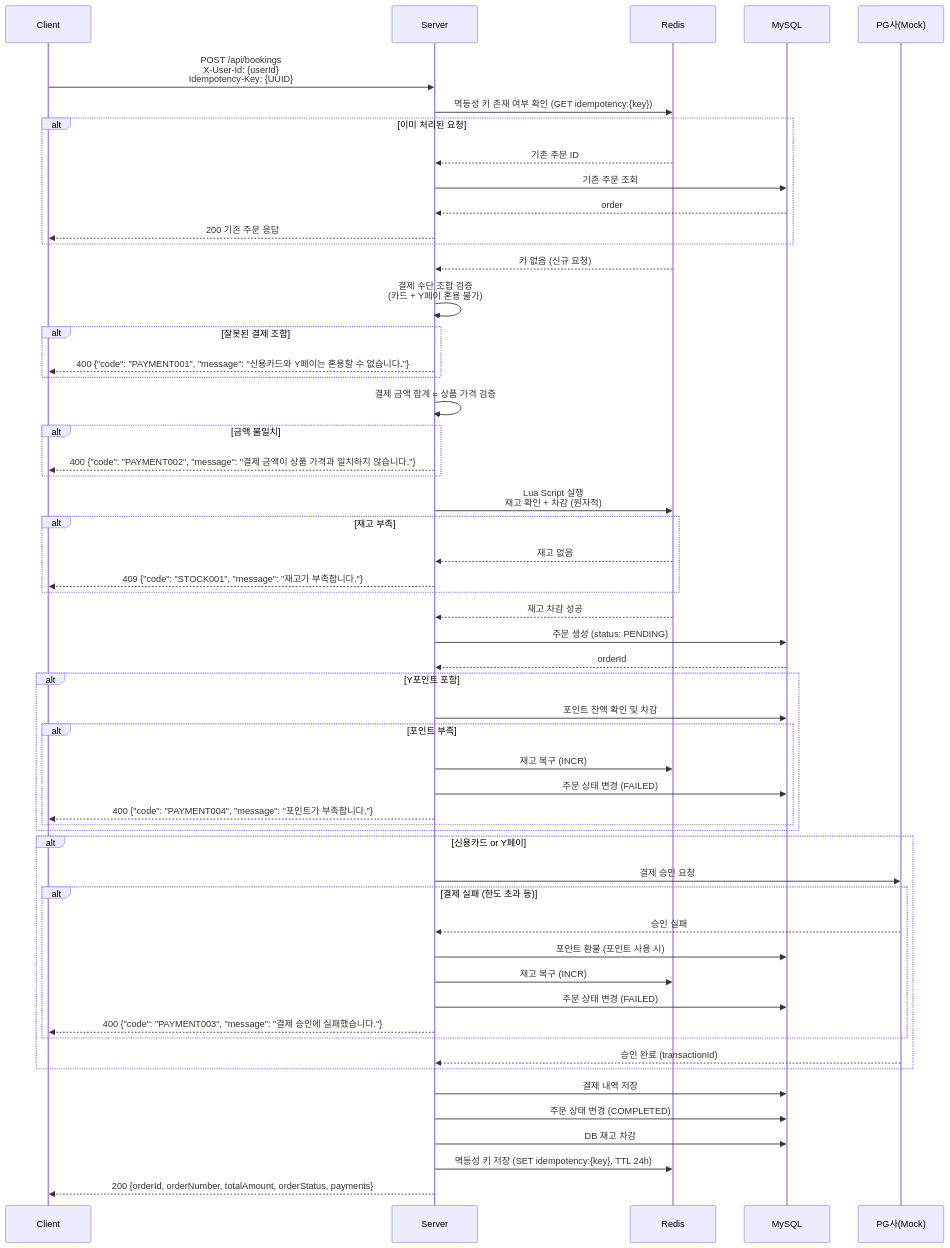
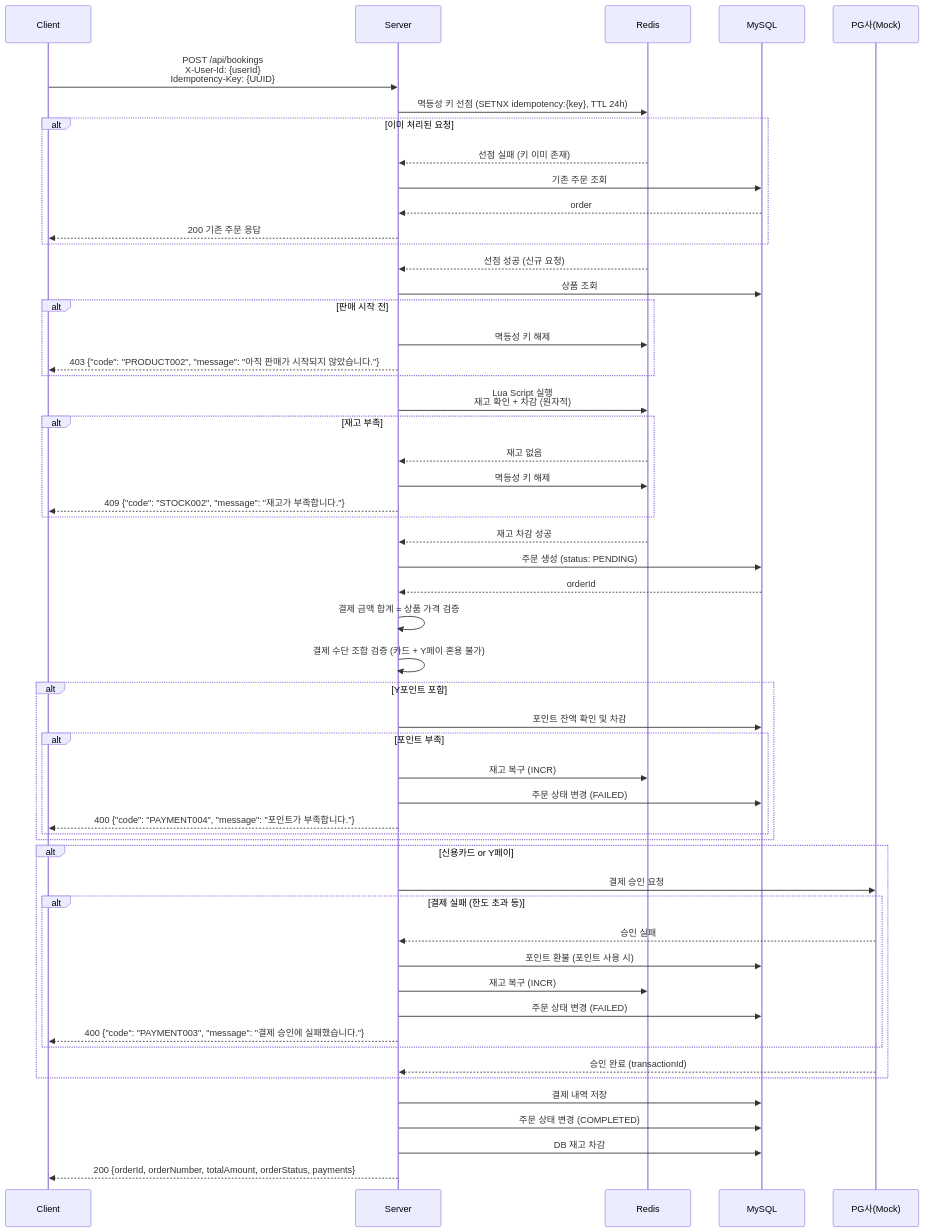
One commit to hyunmin0317/reservation-payment-platform changed the second of 5 diagrams in docs/sequence-diagrams.md. Above: the diagram before and after it, drawn with Mermaid. The commit also changed 3 other files, not shown here.

````diff
--- a/docs/sequence-diagrams.md
+++ b/docs/sequence-diagrams.md
@@ -38,73 +38,72 @@
 ```mermaid
 sequenceDiagram
     participant C as Client
     participant S as Server
     participant R as Redis
     participant DB as MySQL
     participant PG as PG사(Mock)
 
     C->>S: POST /api/bookings<br/>X-User-Id: {userId}<br/>Idempotency-Key: {UUID}
 
-    %% Step 1: 멱등성 체크
-    S->>R: 멱등성 키 존재 여부 확인 (GET idempotency:{key})
+    %% Step 1: 멱등성 체크 (SETNX)
+    S->>R: 멱등성 키 선점 (SETNX idempotency:{key}, TTL 24h)
     alt 이미 처리된 요청
-        R-->>S: 기존 주문 ID
+        R-->>S: 선점 실패 (키 이미 존재)
         S->>DB: 기존 주문 조회
         DB-->>S: order
         S-->>C: 200 기존 주문 응답
     end
-    R-->>S: 키 없음 (신규 요청)
+    R-->>S: 선점 성공 (신규 요청)
 
-    %% Step 2: 요청 검증
-    S->>S: 결제 수단 조합 검증<br/>(카드 + Y페이 혼용 불가)
-    alt 잘못된 결제 조합
-        S-->>C: 400 {"code": "PAYMENT001", "message": "신용카드와 Y페이는 혼용할 수 없습니다."}
-    end
-
-    S->>S: 결제 금액 합계 = 상품 가격 검증
-    alt 금액 불일치
-        S-->>C: 400 {"code": "PAYMENT002", "message": "결제 금액이 상품 가격과 일치하지 않습니다."}
+    %% Step 2: 오픈 시간 검증
+    S->>DB: 상품 조회
+    alt 판매 시작 전
+        S->>R: 멱등성 키 해제
+        S-->>C: 403 {"code": "PRODUCT002", "message": "아직 판매가 시작되지 않았습니다."}
     end
 
     %% Step 3: 재고 차감 (Redis Lua Script)
     S->>R: Lua Script 실행<br/>재고 확인 + 차감 (원자적)
     alt 재고 부족
         R-->>S: 재고 없음
-        S-->>C: 409 {"code": "STOCK001", "message": "재고가 부족합니다."}
+        S->>R: 멱등성 키 해제
+        S-->>C: 409 {"code": "STOCK002", "message": "재고가 부족합니다."}
     end
     R-->>S: 재고 차감 성공
 
     %% Step 4: 주문 생성
     S->>DB: 주문 생성 (status: PENDING)
     DB-->>S: orderId
 
-    %% Step 5: 결제 처리
+    %% Step 5: 결제 검증 및 처리
+    S->>S: 결제 금액 합계 = 상품 가격 검증
+    S->>S: 결제 수단 조합 검증 (카드 + Y페이 혼용 불가)
+
     alt Y포인트 포함
         S->>DB: 포인트 잔액 확인 및 차감
         alt 포인트 부족
             S->>R: 재고 복구 (INCR)
             S->>DB: 주문 상태 변경 (FAILED)
             S-->>C: 400 {"code": "PAYMENT004", "message": "포인트가 부족합니다."}
         end
     end
 
     alt 신용카드 or Y페이
         S->>PG: 결제 승인 요청
         alt 결제 실패 (한도 초과 등)
             PG-->>S: 승인 실패
             S->>DB: 포인트 환불 (포인트 사용 시)
             S->>R: 재고 복구 (INCR)
             S->>DB: 주문 상태 변경 (FAILED)
             S-->>C: 400 {"code": "PAYMENT003", "message": "결제 승인에 실패했습니다."}
         end
         PG-->>S: 승인 완료 (transactionId)
     end
 
     %% Step 6: 주문 확정
     S->>DB: 결제 내역 저장
     S->>DB: 주문 상태 변경 (COMPLETED)
     S->>DB: DB 재고 차감
-    S->>R: 멱등성 키 저장 (SET idempotency:{key}, TTL 24h)
 
     S-->>C: 200 {orderId, orderNumber, totalAmount, orderStatus, payments}
 ```
````
